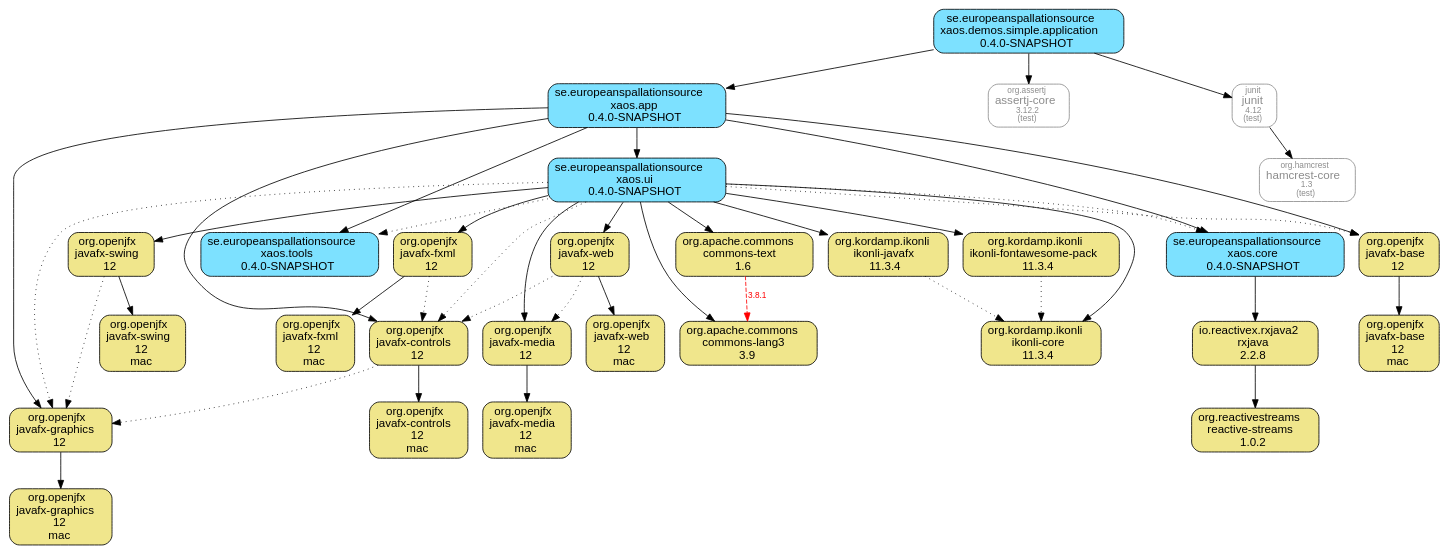
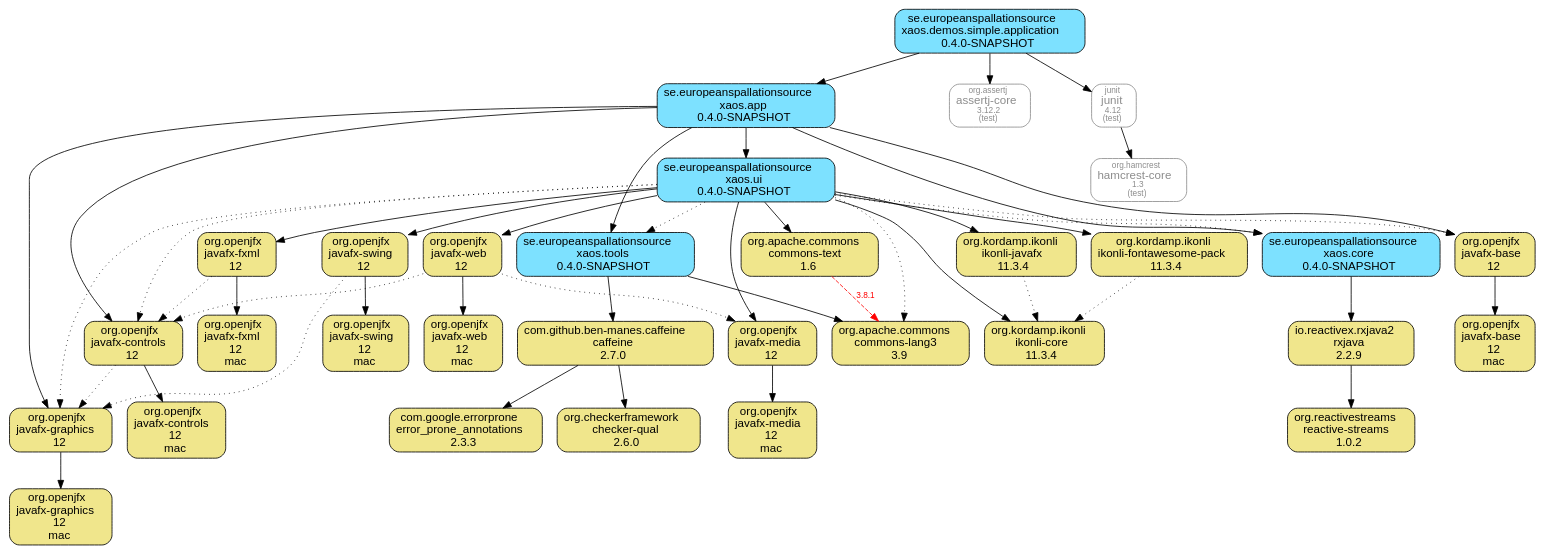
One commit to ESSICS/XAOS changed the diagram in xaos.demos.module/xaos.demos.simple.application.module/doc/maven-dependencies.dot. Above: the diagram before and after it, drawn with Graphviz. The commit also changed 27 other files, not shown here.

```diff
--- a/xaos.demos.module/xaos.demos.simple.application.module/doc/maven-dependencies.dot
+++ b/xaos.demos.module/xaos.demos.simple.application.module/doc/maven-dependencies.dot
@@ -1,78 +1,85 @@
 digraph "xaos.demos.simple.application" {
   node [shape="box",style="rounded",fontname="Helvetica",fontsize="14"]
   edge [fontsize="10",fontname="Helvetica"]
 
   // Node Definitions:
   "org.openjfx:javafx-base:jar"[shape="box",style="rounded, filled",fillcolor="khaki",label=<org.openjfx<br/>javafx-base<br/>12>]
   "org.openjfx:javafx-base:jar:mac"[shape="box",style="rounded, filled",fillcolor="khaki",label=<org.openjfx<br/>javafx-base<br/>12<br/>mac>]
   "se.europeanspallationsource:xaos.app:jar"[shape="box",style="rounded, filled",fillcolor="#7DE1FF",label=<se.europeanspallationsource<br/>xaos.app<br/>0.4.0-SNAPSHOT>]
   "org.openjfx:javafx-controls:jar"[shape="box",style="rounded, filled",fillcolor="khaki",label=<org.openjfx<br/>javafx-controls<br/>12>]
   "org.openjfx:javafx-controls:jar:mac"[shape="box",style="rounded, filled",fillcolor="khaki",label=<org.openjfx<br/>javafx-controls<br/>12<br/>mac>]
   "org.openjfx:javafx-graphics:jar"[shape="box",style="rounded, filled",fillcolor="khaki",label=<org.openjfx<br/>javafx-graphics<br/>12>]
   "org.openjfx:javafx-graphics:jar:mac"[shape="box",style="rounded, filled",fillcolor="khaki",label=<org.openjfx<br/>javafx-graphics<br/>12<br/>mac>]
   "se.europeanspallationsource:xaos.tools:jar"[shape="box",style="rounded, filled",fillcolor="#7DE1FF",label=<se.europeanspallationsource<br/>xaos.tools<br/>0.4.0-SNAPSHOT>]
-  "io.reactivex.rxjava2:rxjava:jar"[shape="box",style="rounded, filled",fillcolor="khaki",label=<io.reactivex.rxjava2<br/>rxjava<br/>2.2.8>]
+  "org.apache.commons:commons-lang3:jar"[shape="box",style="rounded, filled",fillcolor="khaki",label=<org.apache.commons<br/>commons-lang3<br/>3.9>]
+  "com.github.ben-manes.caffeine:caffeine:jar"[shape="box",style="rounded, filled",fillcolor="khaki",label=<com.github.ben-manes.caffeine<br/>caffeine<br/>2.7.0>]
+  "org.checkerframework:checker-qual:jar"[shape="box",style="rounded, filled",fillcolor="khaki",label=<org.checkerframework<br/>checker-qual<br/>2.6.0>]
+  "com.google.errorprone:error_prone_annotations:jar"[shape="box",style="rounded, filled",fillcolor="khaki",label=<com.google.errorprone<br/>error_prone_annotations<br/>2.3.3>]
+  "io.reactivex.rxjava2:rxjava:jar"[shape="box",style="rounded, filled",fillcolor="khaki",label=<io.reactivex.rxjava2<br/>rxjava<br/>2.2.9>]
   "org.reactivestreams:reactive-streams:jar"[shape="box",style="rounded, filled",fillcolor="khaki",label=<org.reactivestreams<br/>reactive-streams<br/>1.0.2>]
   "se.europeanspallationsource:xaos.core:jar"[shape="box",style="rounded, filled",fillcolor="#7DE1FF",label=<se.europeanspallationsource<br/>xaos.core<br/>0.4.0-SNAPSHOT>]
   "se.europeanspallationsource:xaos.ui:jar"[shape="box",style="rounded, filled",fillcolor="#7DE1FF",label=<se.europeanspallationsource<br/>xaos.ui<br/>0.4.0-SNAPSHOT>]
   "org.openjfx:javafx-fxml:jar"[shape="box",style="rounded, filled",fillcolor="khaki",label=<org.openjfx<br/>javafx-fxml<br/>12>]
   "org.openjfx:javafx-fxml:jar:mac"[shape="box",style="rounded, filled",fillcolor="khaki",label=<org.openjfx<br/>javafx-fxml<br/>12<br/>mac>]
   "org.openjfx:javafx-media:jar"[shape="box",style="rounded, filled",fillcolor="khaki",label=<org.openjfx<br/>javafx-media<br/>12>]
   "org.openjfx:javafx-media:jar:mac"[shape="box",style="rounded, filled",fillcolor="khaki",label=<org.openjfx<br/>javafx-media<br/>12<br/>mac>]
   "org.openjfx:javafx-swing:jar"[shape="box",style="rounded, filled",fillcolor="khaki",label=<org.openjfx<br/>javafx-swing<br/>12>]
   "org.openjfx:javafx-swing:jar:mac"[shape="box",style="rounded, filled",fillcolor="khaki",label=<org.openjfx<br/>javafx-swing<br/>12<br/>mac>]
   "org.openjfx:javafx-web:jar"[shape="box",style="rounded, filled",fillcolor="khaki",label=<org.openjfx<br/>javafx-web<br/>12>]
   "org.openjfx:javafx-web:jar:mac"[shape="box",style="rounded, filled",fillcolor="khaki",label=<org.openjfx<br/>javafx-web<br/>12<br/>mac>]
-  "org.apache.commons:commons-lang3:jar"[shape="box",style="rounded, filled",fillcolor="khaki",label=<org.apache.commons<br/>commons-lang3<br/>3.9>]
   "org.apache.commons:commons-text:jar"[shape="box",style="rounded, filled",fillcolor="khaki",label=<org.apache.commons<br/>commons-text<br/>1.6>]
   "org.kordamp.ikonli:ikonli-core:jar"[shape="box",style="rounded, filled",fillcolor="khaki",label=<org.kordamp.ikonli<br/>ikonli-core<br/>11.3.4>]
   "org.kordamp.ikonli:ikonli-javafx:jar"[shape="box",style="rounded, filled",fillcolor="khaki",label=<org.kordamp.ikonli<br/>ikonli-javafx<br/>11.3.4>]
   "org.kordamp.ikonli:ikonli-fontawesome-pack:jar"[shape="box",style="rounded, filled",fillcolor="khaki",label=<org.kordamp.ikonli<br/>ikonli-fontawesome-pack<br/>11.3.4>]
   "se.europeanspallationsource:xaos.demos.simple.application:jar"[shape="box",style="rounded, filled",fillcolor="#7DE1FF",label=<se.europeanspallationsource<br/>xaos.demos.simple.application<br/>0.4.0-SNAPSHOT>]
   "org.assertj:assertj-core:jar"[shape="box",style="rounded",color="grey55",fontname="Helvetica",fontsize="14",fontcolor="grey55",label=<<font color="grey55" point-size="10">org.assertj</font><br/>assertj-core<font color="grey55" point-size="10"><br/>3.12.2</font><font color="grey55" point-size="10"><br/>(test)</font>>]
   "junit:junit:jar"[shape="box",style="rounded",color="grey55",fontname="Helvetica",fontsize="14",fontcolor="grey55",label=<<font color="grey55" point-size="10">junit</font><br/>junit<font color="grey55" point-size="10"><br/>4.12</font><font color="grey55" point-size="10"><br/>(test)</font>>]
   "org.hamcrest:hamcrest-core:jar"[shape="box",style="rounded",color="grey55",fontname="Helvetica",fontsize="14",fontcolor="grey55",label=<<font color="grey55" point-size="10">org.hamcrest</font><br/>hamcrest-core<font color="grey55" point-size="10"><br/>1.3</font><font color="grey55" point-size="10"><br/>(test)</font>>]
 
   // Edge Definitions:
   "org.openjfx:javafx-base:jar" -> "org.openjfx:javafx-base:jar:mac"
   "se.europeanspallationsource:xaos.app:jar" -> "org.openjfx:javafx-base:jar"
   "org.openjfx:javafx-controls:jar" -> "org.openjfx:javafx-controls:jar:mac"
   "org.openjfx:javafx-controls:jar" -> "org.openjfx:javafx-graphics:jar"[style="dotted"]
   "se.europeanspallationsource:xaos.app:jar" -> "org.openjfx:javafx-controls:jar"
   "org.openjfx:javafx-graphics:jar" -> "org.openjfx:javafx-graphics:jar:mac"
   "se.europeanspallationsource:xaos.app:jar" -> "org.openjfx:javafx-graphics:jar"
+  "se.europeanspallationsource:xaos.tools:jar" -> "org.apache.commons:commons-lang3:jar"
+  "com.github.ben-manes.caffeine:caffeine:jar" -> "org.checkerframework:checker-qual:jar"
+  "com.github.ben-manes.caffeine:caffeine:jar" -> "com.google.errorprone:error_prone_annotations:jar"
+  "se.europeanspallationsource:xaos.tools:jar" -> "com.github.ben-manes.caffeine:caffeine:jar"
   "se.europeanspallationsource:xaos.app:jar" -> "se.europeanspallationsource:xaos.tools:jar"
   "io.reactivex.rxjava2:rxjava:jar" -> "org.reactivestreams:reactive-streams:jar"
   "se.europeanspallationsource:xaos.core:jar" -> "io.reactivex.rxjava2:rxjava:jar"
   "se.europeanspallationsource:xaos.app:jar" -> "se.europeanspallationsource:xaos.core:jar"
   "se.europeanspallationsource:xaos.ui:jar" -> "org.openjfx:javafx-base:jar"[style="dotted"]
   "se.europeanspallationsource:xaos.ui:jar" -> "org.openjfx:javafx-controls:jar"[style="dotted"]
   "org.openjfx:javafx-fxml:jar" -> "org.openjfx:javafx-fxml:jar:mac"
   "org.openjfx:javafx-fxml:jar" -> "org.openjfx:javafx-controls:jar"[style="dotted"]
   "se.europeanspallationsource:xaos.ui:jar" -> "org.openjfx:javafx-fxml:jar"
   "se.europeanspallationsource:xaos.ui:jar" -> "org.openjfx:javafx-graphics:jar"[style="dotted"]
   "org.openjfx:javafx-media:jar" -> "org.openjfx:javafx-media:jar:mac"
   "se.europeanspallationsource:xaos.ui:jar" -> "org.openjfx:javafx-media:jar"
   "org.openjfx:javafx-swing:jar" -> "org.openjfx:javafx-swing:jar:mac"
   "org.openjfx:javafx-swing:jar" -> "org.openjfx:javafx-graphics:jar"[style="dotted"]
   "se.europeanspallationsource:xaos.ui:jar" -> "org.openjfx:javafx-swing:jar"
   "org.openjfx:javafx-web:jar" -> "org.openjfx:javafx-web:jar:mac"
   "org.openjfx:javafx-web:jar" -> "org.openjfx:javafx-controls:jar"[style="dotted"]
   "org.openjfx:javafx-web:jar" -> "org.openjfx:javafx-media:jar"[style="dotted"]
   "se.europeanspallationsource:xaos.ui:jar" -> "org.openjfx:javafx-web:jar"
-  "se.europeanspallationsource:xaos.ui:jar" -> "org.apache.commons:commons-lang3:jar"
+  "se.europeanspallationsource:xaos.ui:jar" -> "org.apache.commons:commons-lang3:jar"[style="dotted"]
   "org.apache.commons:commons-text:jar" -> "org.apache.commons:commons-lang3:jar"[style="dashed",color="red",fontcolor="red",label="3.8.1"]
   "se.europeanspallationsource:xaos.ui:jar" -> "org.apache.commons:commons-text:jar"
   "se.europeanspallationsource:xaos.ui:jar" -> "org.kordamp.ikonli:ikonli-core:jar"
   "org.kordamp.ikonli:ikonli-javafx:jar" -> "org.kordamp.ikonli:ikonli-core:jar"[style="dotted"]
   "se.europeanspallationsource:xaos.ui:jar" -> "org.kordamp.ikonli:ikonli-javafx:jar"
   "org.kordamp.ikonli:ikonli-fontawesome-pack:jar" -> "org.kordamp.ikonli:ikonli-core:jar"[style="dotted"]
   "se.europeanspallationsource:xaos.ui:jar" -> "org.kordamp.ikonli:ikonli-fontawesome-pack:jar"
   "se.europeanspallationsource:xaos.ui:jar" -> "se.europeanspallationsource:xaos.tools:jar"[style="dotted"]
   "se.europeanspallationsource:xaos.ui:jar" -> "se.europeanspallationsource:xaos.core:jar"[style="dotted"]
   "se.europeanspallationsource:xaos.app:jar" -> "se.europeanspallationsource:xaos.ui:jar"
   "se.europeanspallationsource:xaos.demos.simple.application:jar" -> "se.europeanspallationsource:xaos.app:jar"
   "se.europeanspallationsource:xaos.demos.simple.application:jar" -> "org.assertj:assertj-core:jar"
   "junit:junit:jar" -> "org.hamcrest:hamcrest-core:jar"
   "se.europeanspallationsource:xaos.demos.simple.application:jar" -> "junit:junit:jar"
 }
```
